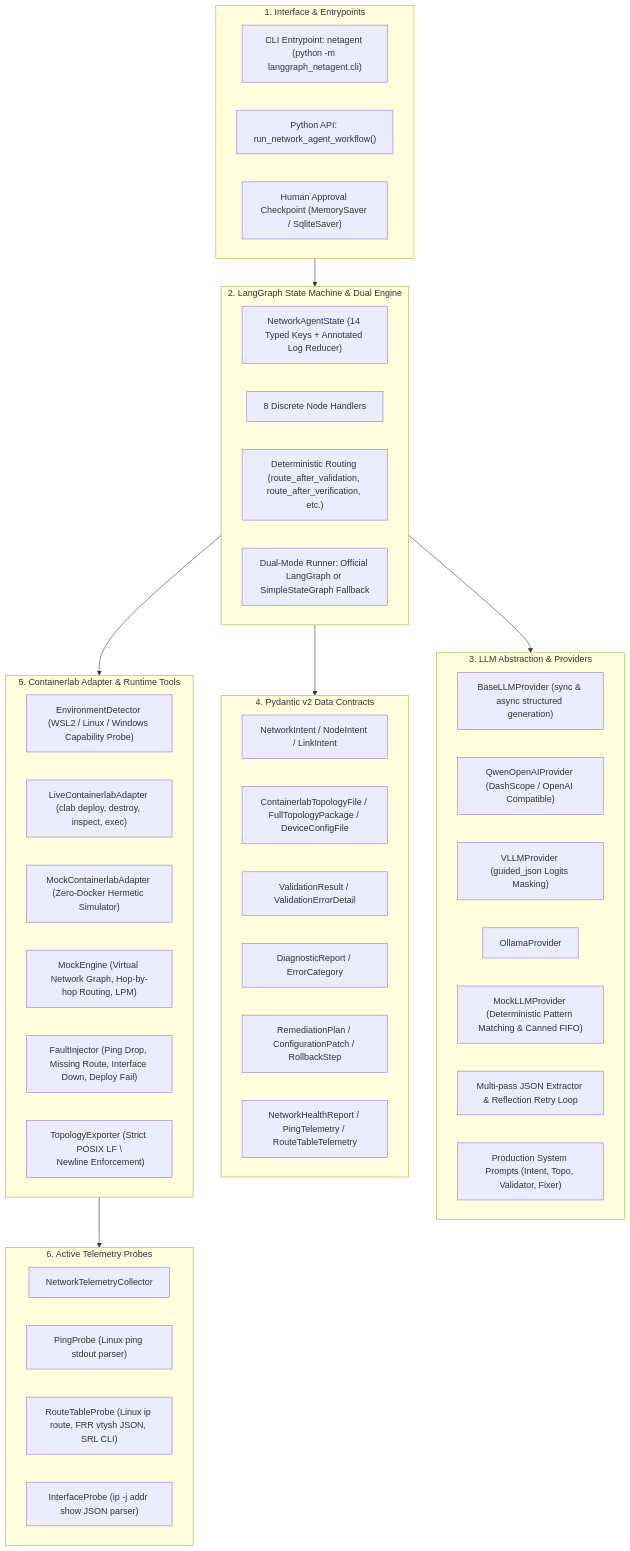
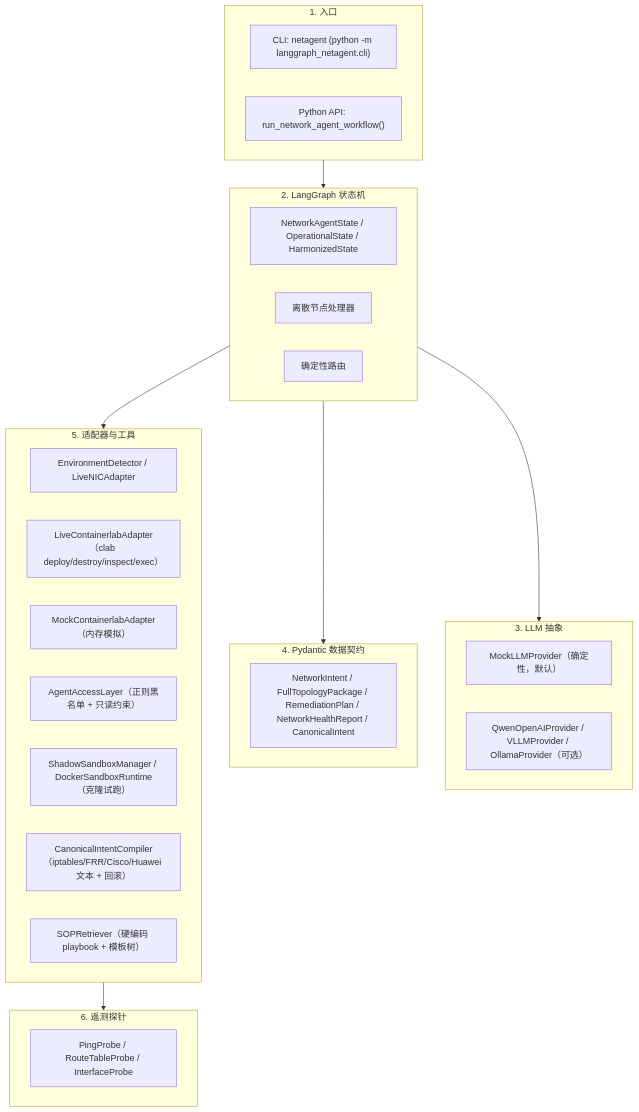
The second of 2 diagrams in langgraph_netagent/README.md (xiaoxiaohexin/netops-ai-agent), drawn with Mermaid before and after one commit. The commit also changed other lines of this file and 2 other files, not shown here.

````diff
--- a/langgraph_netagent/README.md
+++ b/langgraph_netagent/README.md
@@ -97,56 +78,40 @@
 ```mermaid
 graph TD
-    subgraph Layer1 [1. Interface & Entrypoints]
-        CLI["CLI Entrypoint: netagent (python -m langgraph_netagent.cli)"]
+    subgraph Layer1 [1. 入口]
+        CLI["CLI: netagent (python -m langgraph_netagent.cli)"]
         API["Python API: run_network_agent_workflow()"]
-        HITL["Human Approval Checkpoint (MemorySaver / SqliteSaver)"]
     end
 
-    subgraph Layer2 [2. LangGraph State Machine & Dual Engine]
-        State["NetworkAgentState (14 Typed Keys + Annotated Log Reducer)"]
-        Nodes["8 Discrete Node Handlers"]
-        Edges["Deterministic Routing (route_after_validation, route_after_verification, etc.)"]
-        DualRunner["Dual-Mode Runner: Official LangGraph or SimpleStateGraph Fallback"]
+    subgraph Layer2 [2. LangGraph 状态机]
+        State["NetworkAgentState / OperationalState / HarmonizedState"]
+        Nodes["离散节点处理器"]
+        Edges["确定性路由"]
     end
 
-    subgraph Layer3 [3. LLM Abstraction & Providers]
-        BaseLLM["BaseLLMProvider (sync & async structured generation)"]
-        QwenOpenAI["QwenOpenAIProvider (DashScope / OpenAI Compatible)"]
-        VLLM["VLLMProvider (guided_json Logits Masking)"]
-        Ollama["OllamaProvider"]
-        MockLLM["MockLLMProvider (Deterministic Pattern Matching & Canned FIFO)"]
-        Parser["Multi-pass JSON Extractor & Reflection Retry Loop"]
-        Prompts["Production System Prompts (Intent, Topo, Validator, Fixer)"]
+    subgraph Layer3 [3. LLM 抽象]
+        Mock["MockLLMProvider（确定性，默认）"]
+        Qwen["QwenOpenAIProvider / VLLMProvider / OllamaProvider（可选）"]
     end
 
-    subgraph Layer4 [4. Pydantic v2 Data Contracts]
-        IntentModel["NetworkIntent / NodeIntent / LinkIntent"]
-        TopoModel["ContainerlabTopologyFile / FullTopologyPackage / DeviceConfigFile"]
-        ValModel["ValidationResult / ValidationErrorDetail"]
-        DiagModel["DiagnosticReport / ErrorCategory"]
-        RemedModel["RemediationPlan / ConfigurationPatch / RollbackStep"]
-        TelemModel["NetworkHealthReport / PingTelemetry / RouteTableTelemetry"]
+    subgraph Layer4 [4. Pydantic 数据契约]
+        Models["NetworkIntent / FullTopologyPackage / RemediationPlan / NetworkHealthReport / CanonicalIntent"]
     end
 
-    subgraph Layer5 [5. Containerlab Adapter & Runtime Tools]
-        Detector["EnvironmentDetector (WSL2 / Linux / Windows Capability Probe)"]
-        LiveAdapter["LiveContainerlabAdapter (clab deploy, destroy, inspect, exec)"]
-        MockAdapter["MockContainerlabAdapter (Zero-Docker Hermetic Simulator)"]
-        MockEngine["MockEngine (Virtual Network Graph, Hop-by-hop Routing, LPM)"]
-        FaultInj["FaultInjector (Ping Drop, Missing Route, Interface Down, Deploy Fail)"]
-        Exporter["TopologyExporter (Strict POSIX LF \\n Newline Enforcement)"]
+    subgraph Layer5 [5. 适配器与工具]
+        Detector["EnvironmentDetector / LiveNICAdapter"]
+        Live["LiveContainerlabAdapter（clab deploy/destroy/inspect/exec）"]
+        MockAdapter["MockContainerlabAdapter（内存模拟）"]
+        AAL["AgentAccessLayer（正则黑名单 + 只读约束）"]
+        Sandbox["ShadowSandboxManager / DockerSandboxRuntime（克隆试跑）"]
+        Compiler["CanonicalIntentCompiler（iptables/FRR/Cisco/Huawei 文本 + 回滚）"]
+        SOP["SOPRetriever（硬编码 playbook + 模板树）"]
     end
 
-    subgraph Layer6 [6. Active Telemetry Probes]
-        Collector["NetworkTelemetryCollector"]
-        PingProbe["PingProbe (Linux ping stdout parser)"]
-        RouteProbe["RouteTableProbe (Linux ip route, FRR vtysh JSON, SRL CLI)"]
-        IfaceProbe["InterfaceProbe (ip -j addr show JSON parser)"]
+    subgraph Layer6 [6. 遥测探针]
+        Probes["PingProbe / RouteTableProbe / InterfaceProbe"]
     end
 
-    Layer1 --> Layer2
-    Layer2 --> Layer3
+    Layer1 --> Layer2 --> Layer3
     Layer2 --> Layer4
-    Layer2 --> Layer5
-    Layer5 --> Layer6
+    Layer2 --> Layer5 --> Layer6
 ```
````
